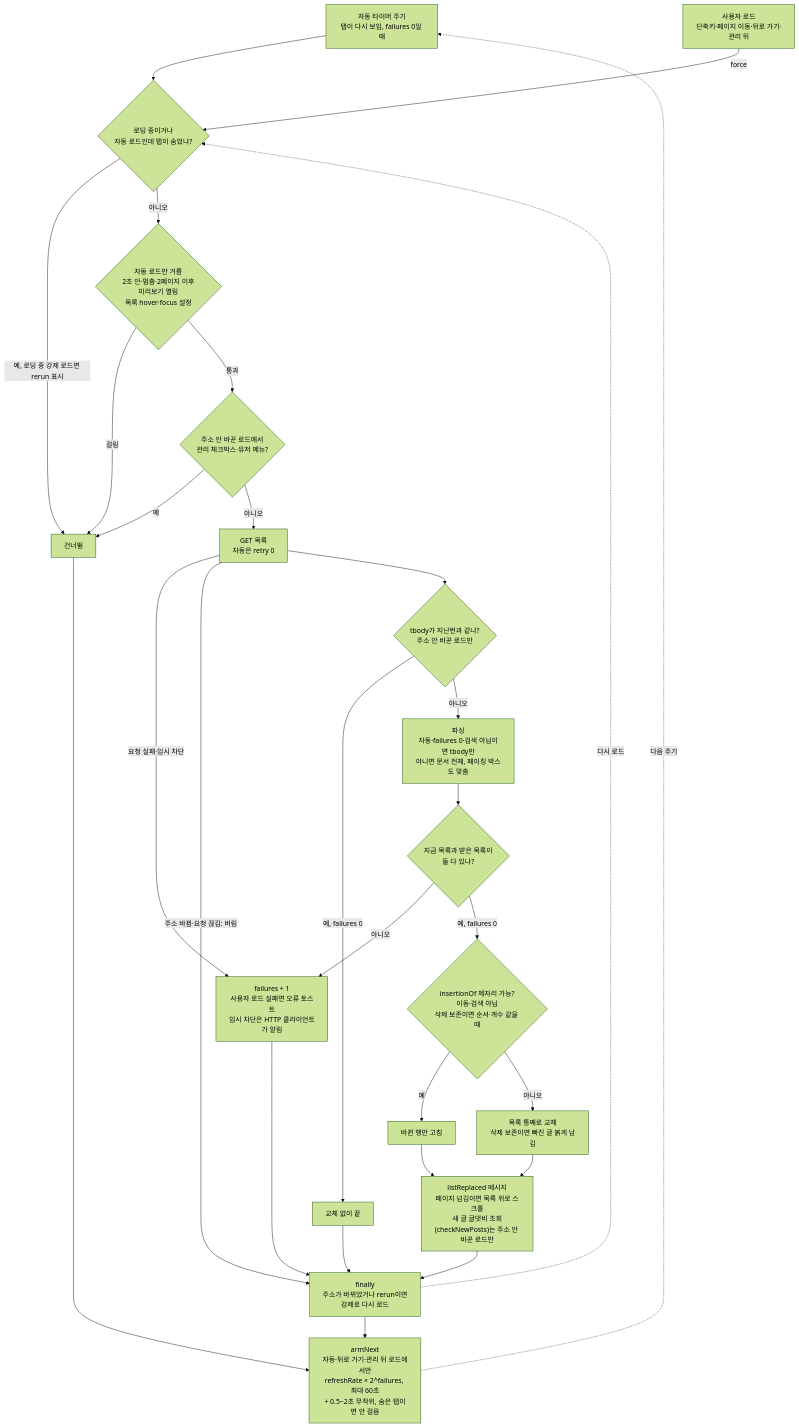
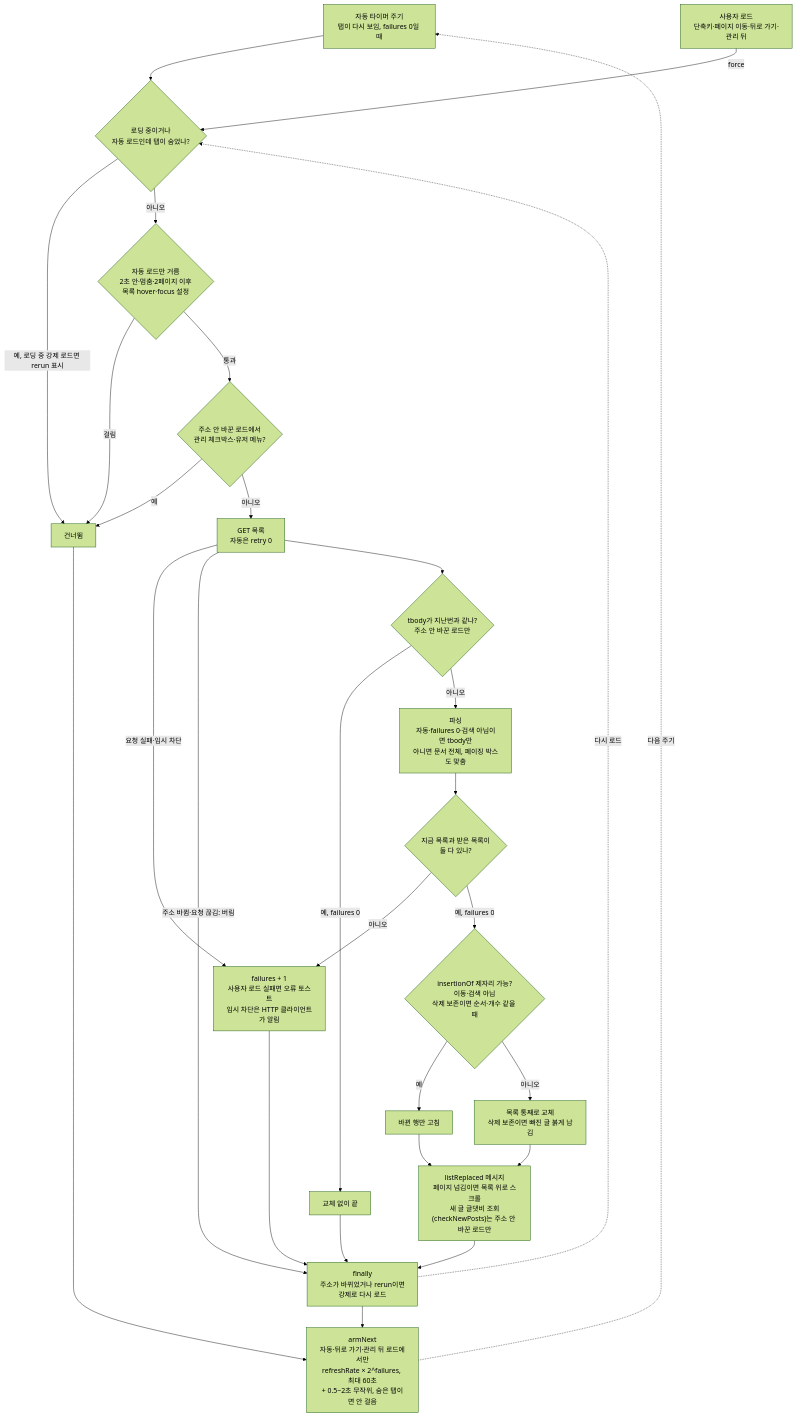
Before and after one commit to green1052/DCRefresher-Reborn: the fifth of 6 diagrams in docs/DEVELOPMENT.md, drawn with Mermaid (forest theme). The commit also changed other lines of this file and 2 other files, not shown here.

Commit message:
feat(refresh): keep auto refreshing while the preview is open

````diff
--- a/docs/DEVELOPMENT.md
+++ b/docs/DEVELOPMENT.md
@@ -552,31 +552,31 @@
 ```mermaid
 flowchart TD
     A["자동 타이머 주기<br>탭이 다시 보임, failures 0일 때"] --> C
     B["사용자 로드<br>단축키·페이지 이동·뒤로 가기·관리 뒤"] -->|"force"| C
     C{"로딩 중이거나<br>자동 로드인데 탭이 숨었나?"} -->|"예, 로딩 중 강제 로드면 rerun 표시"| SKIP
     C -->|"아니오"| D
-    D{"자동 로드만 거름<br>2초 안·멈춤·2페이지 이후<br>미리보기 열림<br>목록 hover·focus 설정"} -->|"걸림"| SKIP
+    D{"자동 로드만 거름<br>2초 안·멈춤·2페이지 이후<br>목록 hover·focus 설정"} -->|"걸림"| SKIP
     D -->|"통과"| E
     E{"주소 안 바꾼 로드에서<br>관리 체크박스·유저 메뉴?"} -->|"예"| SKIP
     E -->|"아니오"| F["GET 목록<br>자동은 retry 0"]
     F -->|"요청 실패·임시 차단"| FAIL
     F -->|"주소 바뀜·요청 끊김: 버림"| Z
     F --> G{"tbody가 지난번과 같나?<br>주소 안 바꾼 로드만"}
     G -->|"예, failures 0"| SAME["교체 없이 끝"]
     G -->|"아니오"| K["파싱<br>자동·failures 0·검색 아님이면 tbody만<br>아니면 문서 전체, 페이징 박스도 맞춤"]
     K --> L{"지금 목록과 받은 목록이<br>둘 다 있나?"}
     L -->|"아니오"| FAIL
     L -->|"예, failures 0"| M{"insertionOf 제자리 가능?<br>이동·검색 아님<br>삭제 보존이면 순서·개수 같을 때"}
     M -->|"예"| N["바뀐 행만 고침"]
     M -->|"아니오"| O["목록 통째로 교체<br>삭제 보존이면 빠진 글 붉게 남김"]
     N --> P
     O --> P["listReplaced 메시지<br>페이지 넘김이면 목록 위로 스크롤<br>새 글 글댓비 조회(checkNewPosts)는 주소 안 바꾼 로드만"]
     FAIL["failures + 1<br>사용자 로드 실패면 오류 토스트<br>임시 차단은 HTTP 클라이언트가 알림"]
     P --> Z
     SAME --> Z
     FAIL --> Z
     Z["finally<br>주소가 바뀌었거나 rerun이면<br>강제로 다시 로드"] -.->|"다시 로드"| C
     Z --> Q
     SKIP["건너뜀"] --> Q
     Q["armNext<br>자동·뒤로 가기·관리 뒤 로드에서만<br>refreshRate × 2^failures, 최대 60초<br>+ 0.5~2초 무작위, 숨은 탭이면 안 걸음"] -.->|"다음 주기"| A
 ```
````
